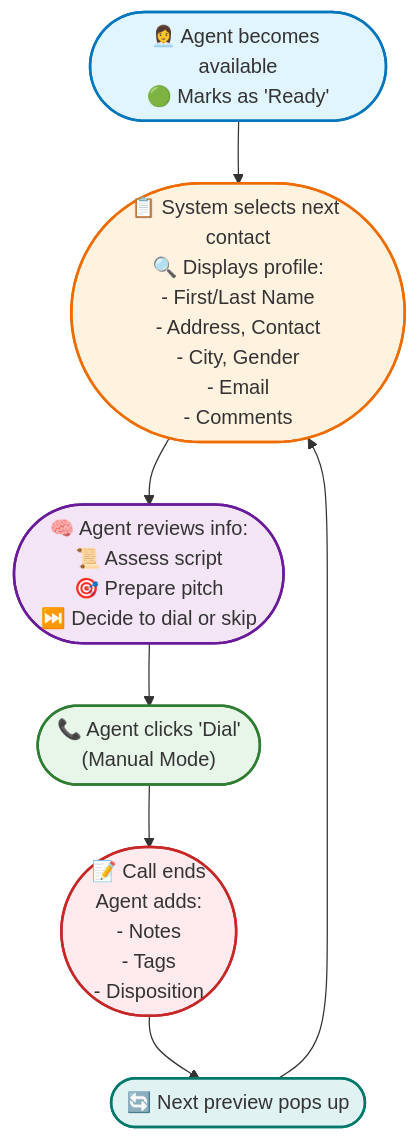
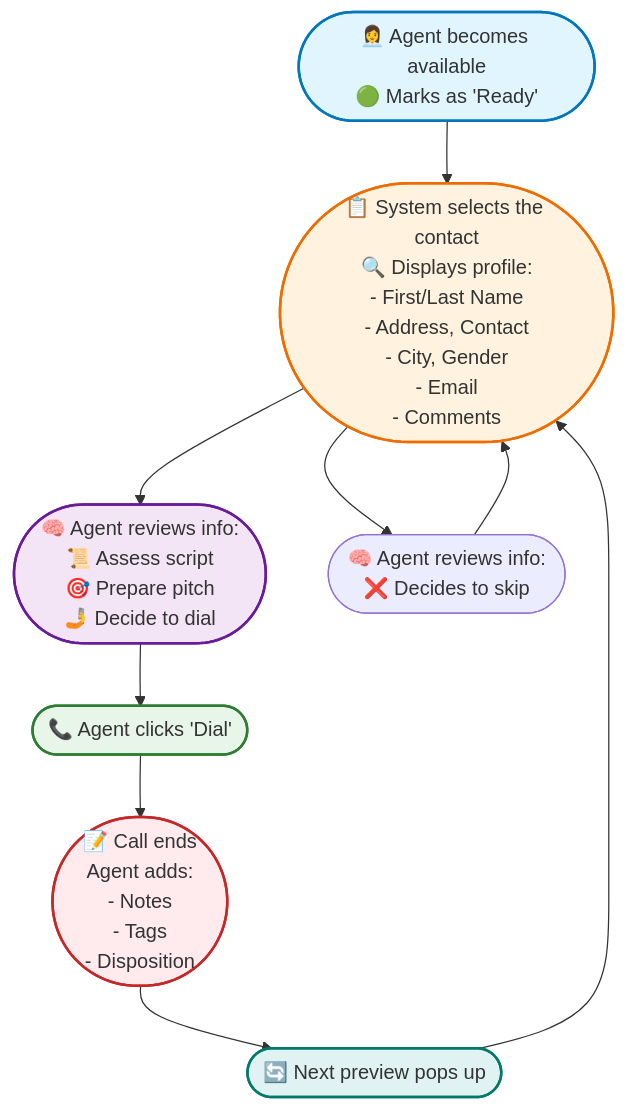
The first of 3 diagrams in docs/customer-portal/cp-contact-center.md (connexcs/docs), drawn with Mermaid before and after one commit. The commit also changed other lines of this file and 4 other files, not shown here.

````diff
--- a/docs/customer-portal/cp-contact-center.md
+++ b/docs/customer-portal/cp-contact-center.md
@@ -35,16 +26,18 @@
     ```mermaid
     flowchart TD
         style A fill:#E1F5FE,stroke:#0277BD,stroke-width:2,rx:10,ry:10
         style B fill:#FFF3E0,stroke:#EF6C00,stroke-width:2,rx:10,ry:10
         style C fill:#F3E5F5,stroke:#6A1B9A,stroke-width:2,rx:10,ry:10
         style D fill:#E8F5E9,stroke:#2E7D32,stroke-width:2,rx:10,ry:10
         style E fill:#FFEBEE,stroke:#C62828,stroke-width:2,rx:10,ry:10
         style F fill:#E0F2F1,stroke:#00796B,stroke-width:2,rx:10,ry:10
 
-        A(["👩‍💼 Agent becomes available<br/>🟢 Marks as 'Ready'"]) --> B(["📋 System selects next contact<br/>🔍 Displays profile:<br/>- First/Last Name<br/>- Address, Contact<br/>- City, Gender<br/>- Email<br/>- Comments"])
-        B --> C(["🧠 Agent reviews info:<br/>📜 Assess script<br/>🎯 Prepare pitch<br/>⏭️ Decide to dial or skip"])
-        C --> D(["📞 Agent clicks 'Dial'<br/>(Manual Mode)"])
+        A(["👩‍💼 Agent becomes available<br/>🟢 Marks as 'Ready'"]) --> B(["📋 System selects the contact<br/>🔍 Displays profile:<br/>- First/Last Name<br/>- Address, Contact<br/>- City, Gender<br/>- Email<br/>- Comments"])
+        B --> C(["🧠 Agent reviews info:<br/>📜 Assess script<br/>🎯 Prepare pitch<br/>🤳 Decide to dial"])
+        B --> G(["🧠 Agent reviews info: <br> ❌ Decides to skip"</br>])
+        G --> B
+        C --> D(["📞 Agent clicks 'Dial'<br/>"])
         D --> E(["📝 Call ends<br/>Agent adds:<br/>- Notes<br/>- Tags<br/>- Disposition"])
         E --> F(["🔄 Next preview pops up"])
         F --> B
     ```
````
